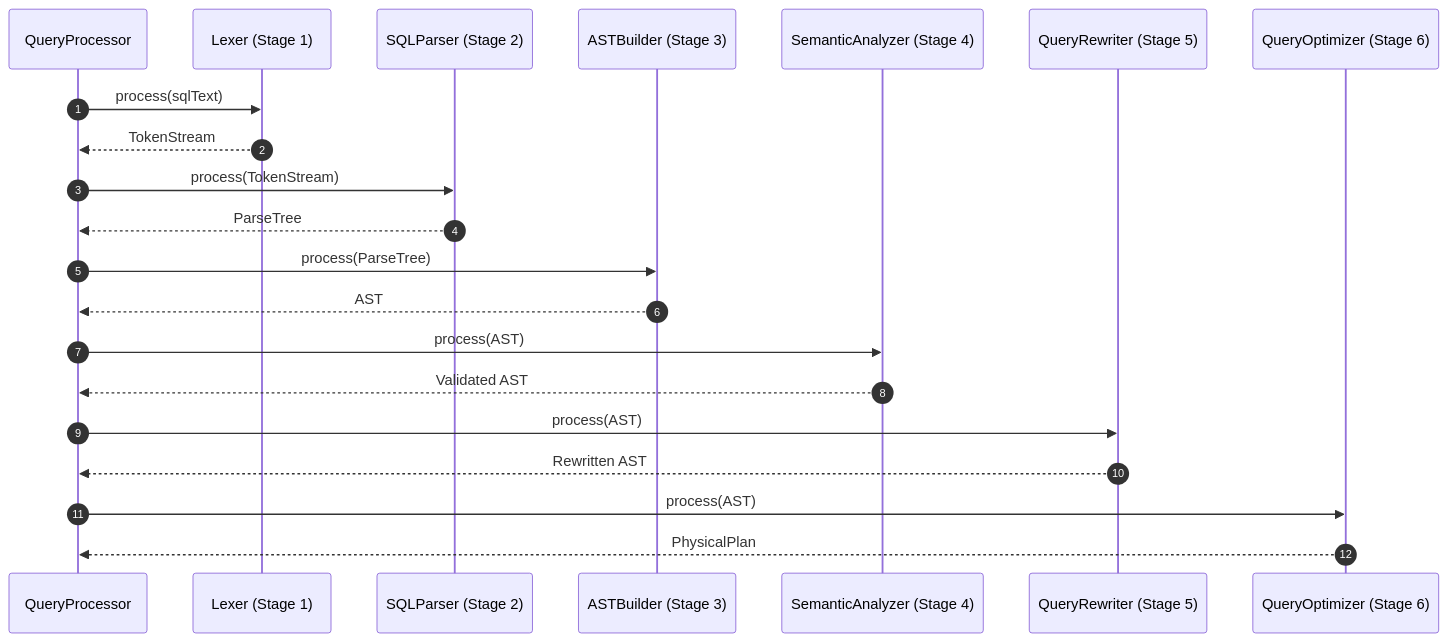
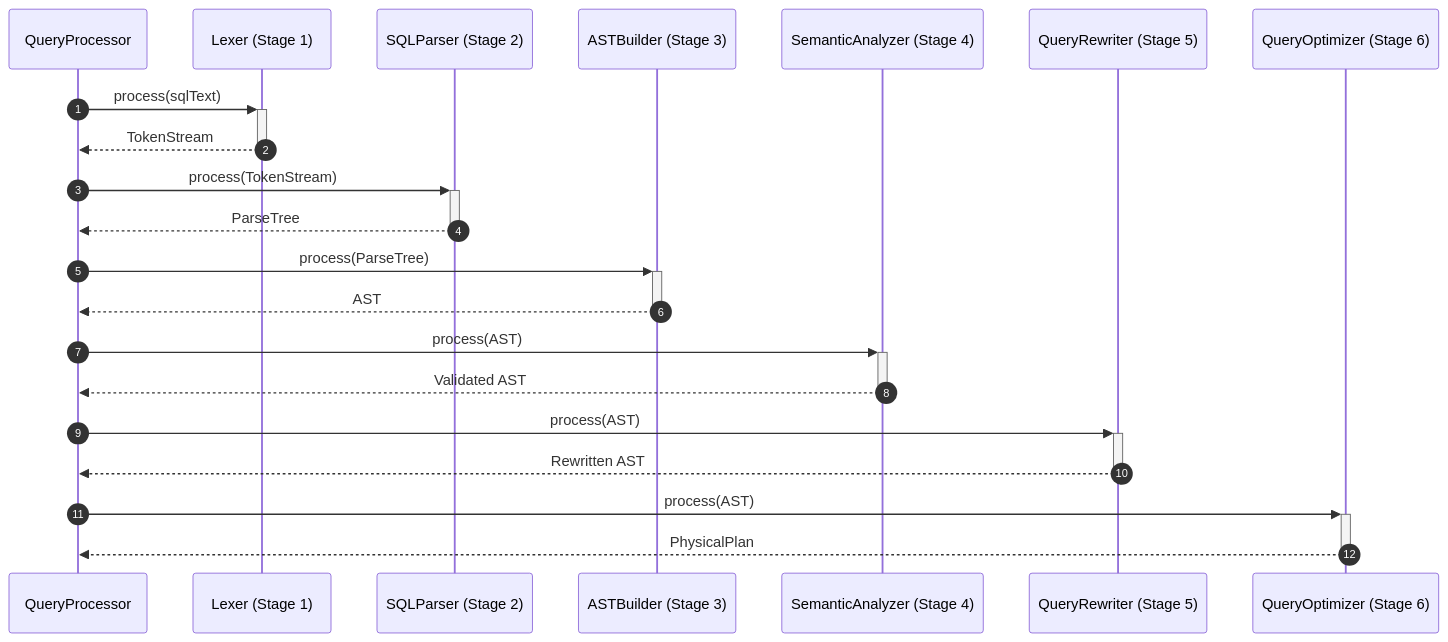
The second of 13 diagrams in docs/design_patterns/query_processor/Sequece.md (Dikhang1112/Database_Management_BBV), drawn with Mermaid before and after one commit. The commit also changed other lines of this file and 12 other files, not shown here.

Commit message:
Refactor sequece diagram

````diff
--- a/docs/design_patterns/query_processor/Sequece.md
+++ b/docs/design_patterns/query_processor/Sequece.md
@@ -56,24 +56,24 @@
 ```mermaid
 sequenceDiagram
     autonumber
     participant QP as QueryProcessor
     participant Lexer as Lexer (Stage 1)
     participant Parser as SQLParser (Stage 2)
     participant ASTB as ASTBuilder (Stage 3)
     participant SA as SemanticAnalyzer (Stage 4)
     participant QR as QueryRewriter (Stage 5)
     participant Optimizer as QueryOptimizer (Stage 6)
 
-    QP->>Lexer: process(sqlText)
-    Lexer-->>QP: TokenStream
-    QP->>Parser: process(TokenStream)
-    Parser-->>QP: ParseTree
-    QP->>ASTB: process(ParseTree)
-    ASTB-->>QP: AST
-    QP->>SA: process(AST)
-    SA-->>QP: Validated AST
-    QP->>QR: process(AST)
-    QR-->>QP: Rewritten AST
-    QP->>Optimizer: process(AST)
-    Optimizer-->>QP: PhysicalPlan
+    QP->>+Lexer: process(sqlText)
+    Lexer-->>-QP: TokenStream
+    QP->>+Parser: process(TokenStream)
+    Parser-->>-QP: ParseTree
+    QP->>+ASTB: process(ParseTree)
+    ASTB-->>-QP: AST
+    QP->>+SA: process(AST)
+    SA-->>-QP: Validated AST
+    QP->>+QR: process(AST)
+    QR-->>-QP: Rewritten AST
+    QP->>+Optimizer: process(AST)
+    Optimizer-->>-QP: PhysicalPlan
 ```
````
